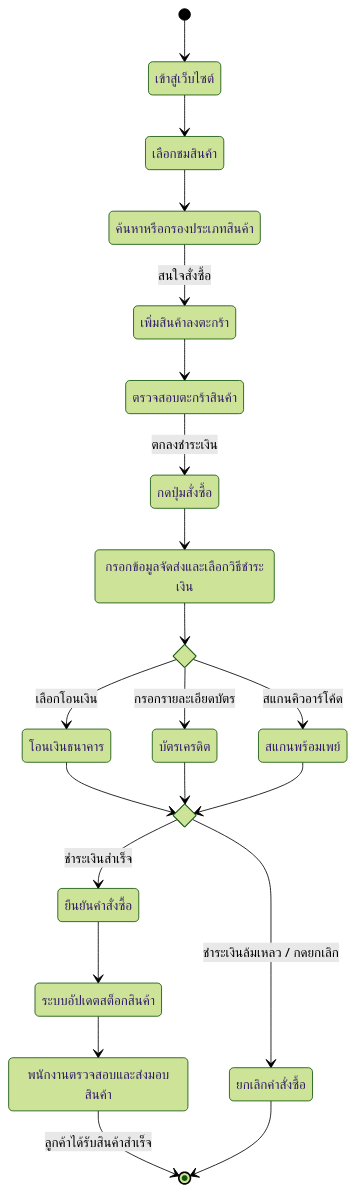
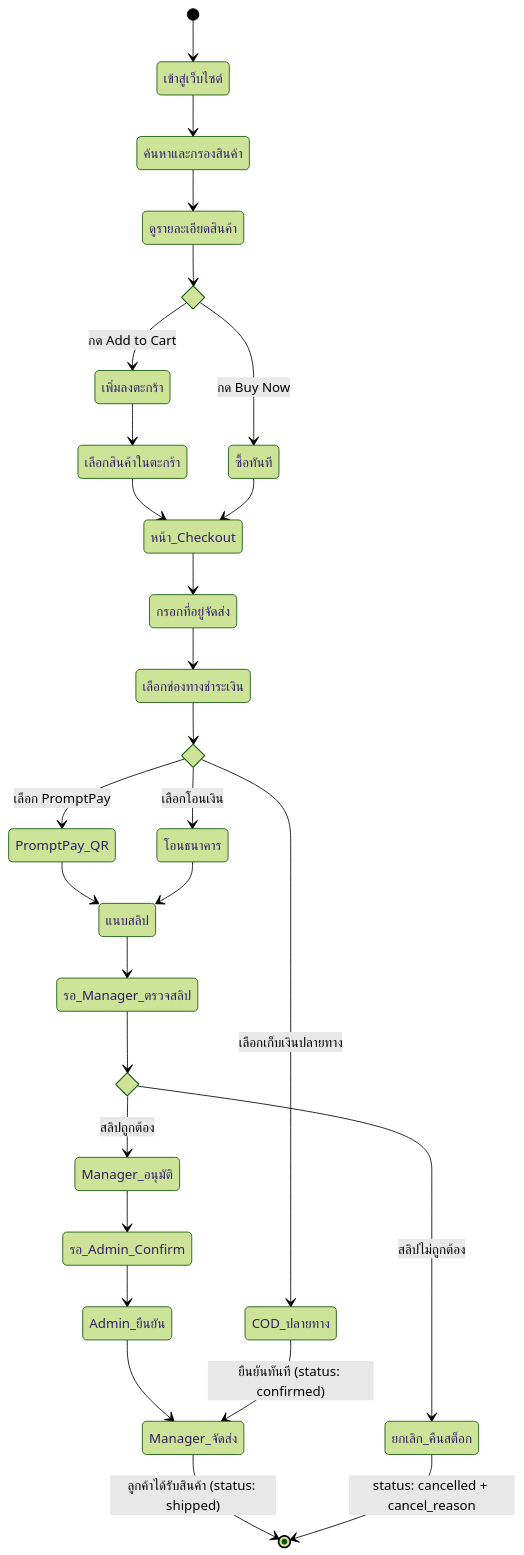
The sixth of 7 diagrams in analysis_design.md (sShinjikubs/Workshop-1), drawn with Mermaid (forest theme) before and after one commit. The commit also changed other lines of this file and 688 other files, not shown here.

````diff
--- a/analysis_design.md
+++ b/analysis_design.md
@@ -440,30 +465,46 @@
 ```mermaid
 stateDiagram-v2
     [*] --> เข้าสู่เว็บไซต์
-    เข้าสู่เว็บไซต์ --> เลือกชมสินค้า
-    เลือกชมสินค้า --> ค้นหาหรือกรองประเภทสินค้า
-    ค้นหาหรือกรองประเภทสินค้า --> เพิ่มสินค้าลงตะกร้า: สนใจสั่งซื้อ
-    เพิ่มสินค้าลงตะกร้า --> ตรวจสอบตะกร้าสินค้า
-    ตรวจสอบตะกร้าสินค้า --> กดปุ่มสั่งซื้อ: ตกลงชำระเงิน
-    กดปุ่มสั่งซื้อ --> กรอกข้อมูลจัดส่งและเลือกวิธีชำระเงิน
-    
-    state ชำระเงิน <<choice>>
-    กรอกข้อมูลจัดส่งและเลือกวิธีชำระเงิน --> ชำระเงิน
-    
-    ชำระเงิน --> โอนเงินธนาคาร: เลือกโอนเงิน
-    ชำระเงิน --> บัตรเครดิต: กรอกรายละเอียดบัตร
-    ชำระเงิน --> สแกนพร้อมเพย์: สแกนคิวอาร์โค้ด
-    
-    state ผลการชำระเงิน <<choice>>
-    โอนเงินธนาคาร --> ผลการชำระเงิน
-    บัตรเครดิต --> ผลการชำระเงิน
-    สแกนพร้อมเพย์ --> ผลการชำระเงิน
-    
-    ผลการชำระเงิน --> ยกเลิกคำสั่งซื้อ: ชำระเงินล้มเหลว / กดยกเลิก
-    ผลการชำระเงิน --> ยืนยันคำสั่งซื้อ: ชำระเงินสำเร็จ
-    
-    ยืนยันคำสั่งซื้อ --> ระบบอัปเดตสต็อกสินค้า
-    ระบบอัปเดตสต็อกสินค้า --> พนักงานตรวจสอบและส่งมอบสินค้า
-    พนักงานตรวจสอบและส่งมอบสินค้า --> [*]: ลูกค้าได้รับสินค้าสำเร็จ
-    ยกเลิกคำสั่งซื้อ --> [*]
+    เข้าสู่เว็บไซต์ --> ค้นหาและกรองสินค้า
+    ค้นหาและกรองสินค้า --> ดูรายละเอียดสินค้า
+
+    state เพิ่มสินค้า_choice <<choice>>
+    ดูรายละเอียดสินค้า --> เพิ่มสินค้า_choice
+
+    เพิ่มสินค้า_choice --> เพิ่มลงตะกร้า : กด Add to Cart
+    เพิ่มสินค้า_choice --> ซื้อทันที : กด Buy Now
+
+    เพิ่มลงตะกร้า --> เลือกสินค้าในตะกร้า
+    เลือกสินค้าในตะกร้า --> หน้า_Checkout
+    ซื้อทันที --> หน้า_Checkout
+
+    หน้า_Checkout --> กรอกที่อยู่จัดส่ง
+    กรอกที่อยู่จัดส่ง --> เลือกช่องทางชำระเงิน
+
+    state ช่องทางชำระเงิน <<choice>>
+    เลือกช่องทางชำระเงิน --> ช่องทางชำระเงิน
+
+    ช่องทางชำระเงิน --> PromptPay_QR : เลือก PromptPay
+    ช่องทางชำระเงิน --> โอนธนาคาร : เลือกโอนเงิน
+    ช่องทางชำระเงิน --> COD_ปลายทาง : เลือกเก็บเงินปลายทาง
+
+    PromptPay_QR --> แนบสลิป
+    โอนธนาคาร --> แนบสลิป
+
+    แนบสลิป --> รอ_Manager_ตรวจสลิป
+
+    state ผล_ตรวจสลิป <<choice>>
+    รอ_Manager_ตรวจสลิป --> ผล_ตรวจสลิป
+
+    ผล_ตรวจสลิป --> Manager_อนุมัติ : สลิปถูกต้อง
+    ผล_ตรวจสลิป --> ยกเลิก_คืนสต็อก : สลิปไม่ถูกต้อง
+
+    Manager_อนุมัติ --> รอ_Admin_Confirm
+    รอ_Admin_Confirm --> Admin_ยืนยัน
+    Admin_ยืนยัน --> Manager_จัดส่ง
+
+    COD_ปลายทาง --> Manager_จัดส่ง : ยืนยันทันที (status: confirmed)
+
+    Manager_จัดส่ง --> [*] : ลูกค้าได้รับสินค้า (status: shipped)
+    ยกเลิก_คืนสต็อก --> [*] : status: cancelled + cancel_reason
 ```
````
